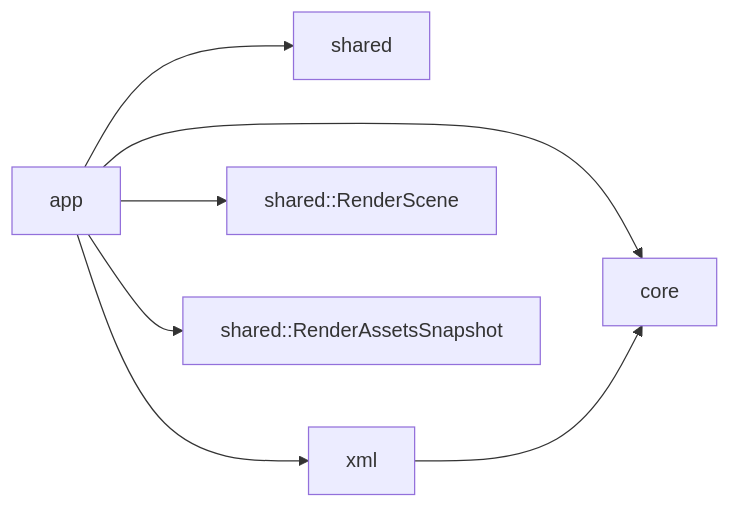
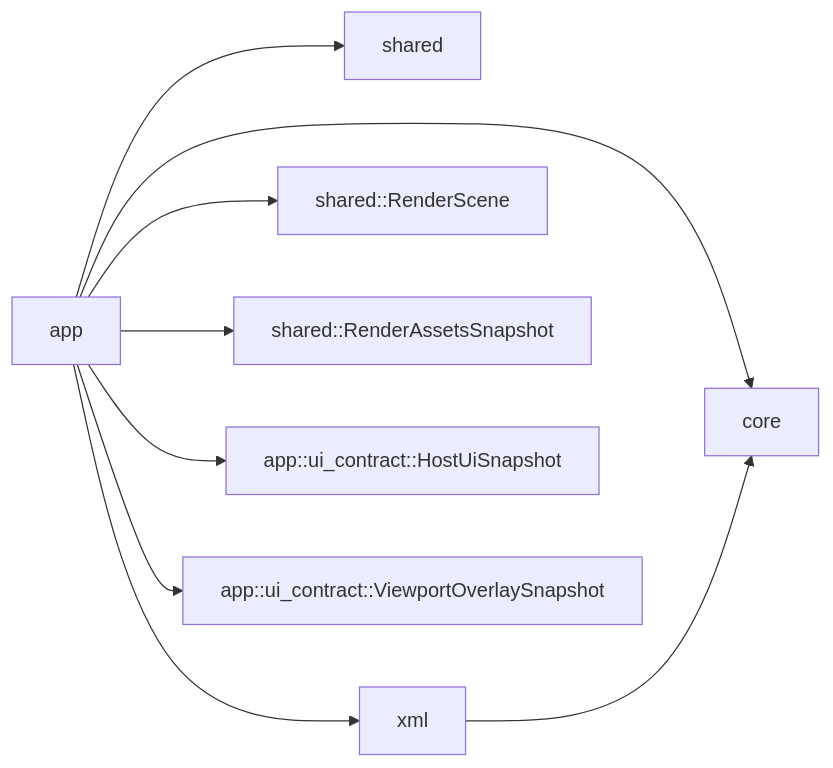
Before and after one commit to mro68/fs25_ad_editor: the diagram in crates/fs25_auto_drive_engine/API.md, drawn with Mermaid. The commit also changed other lines of this file and 4 other files, not shown here.

````diff
--- a/crates/fs25_auto_drive_engine/API.md
+++ b/crates/fs25_auto_drive_engine/API.md
@@ -58,9 +62,11 @@
 ```mermaid
 flowchart LR
 	app --> core
 	app --> shared
 	app --> xml
 	xml --> core
 	app --> RenderScene[shared::RenderScene]
 	app --> RenderAssets[shared::RenderAssetsSnapshot]
+	app --> HostUi[app::ui_contract::HostUiSnapshot]
+	app --> Overlay[app::ui_contract::ViewportOverlaySnapshot]
 ```
````
